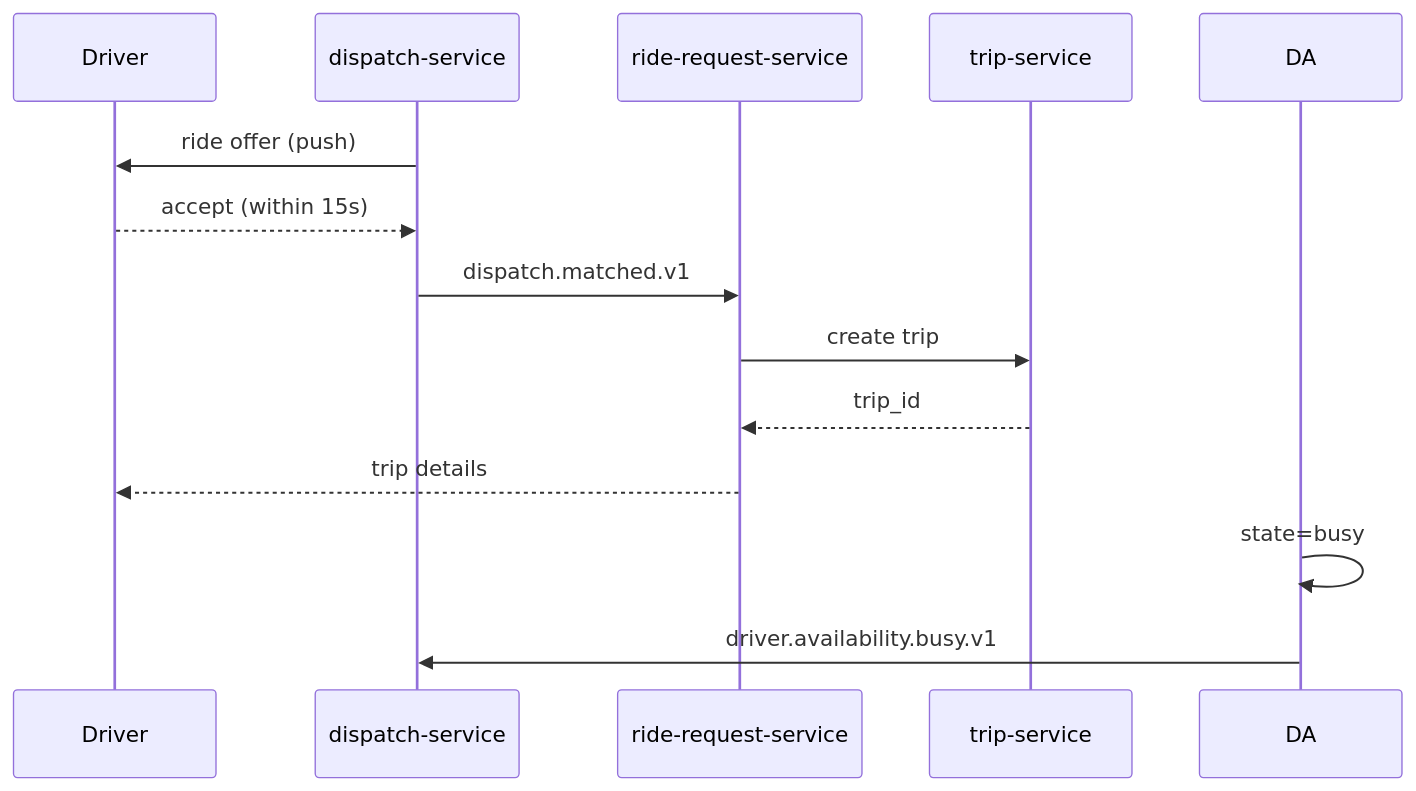
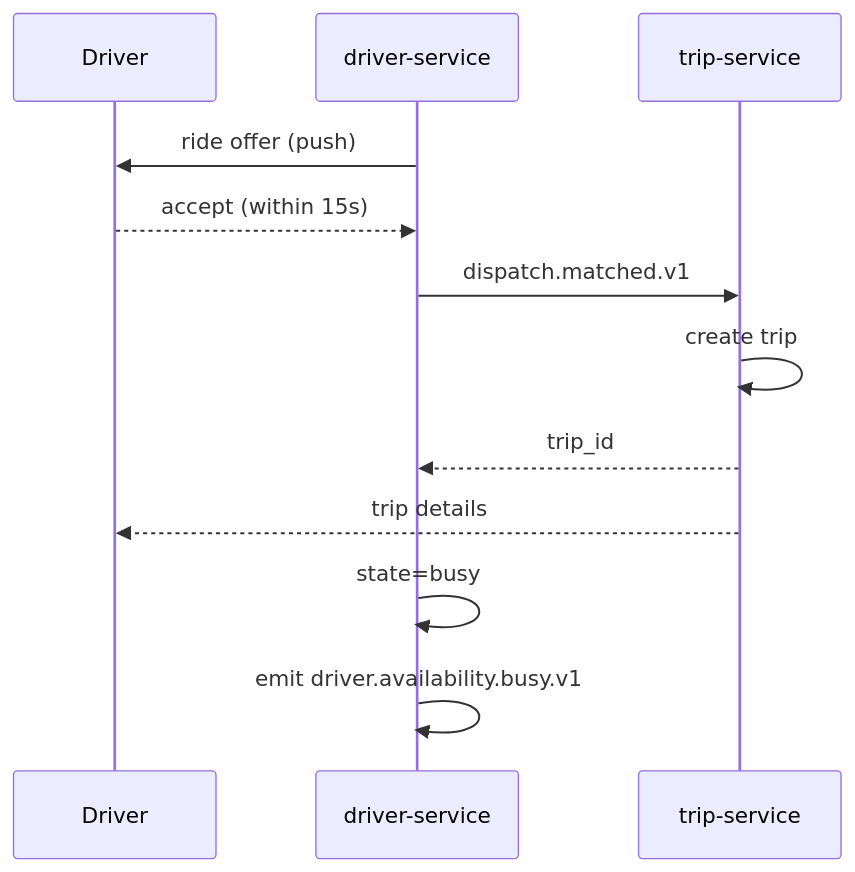
The fifth of 10 diagrams in docs/workflows/DRIVER_WORKFLOWS.md (mohamedhabibwork/trips-enjoy-docs), drawn with Mermaid before and after one commit. The commit also changed other lines of this file and 525 other files, not shown here.

````diff
--- a/docs/workflows/DRIVER_WORKFLOWS.md
+++ b/docs/workflows/DRIVER_WORKFLOWS.md
@@ -108,16 +107,15 @@
 ```mermaid
 sequenceDiagram
     participant DR as Driver
-    participant DSP as dispatch-service
-    participant RR as ride-request-service
+    participant DRV as driver-service
     participant TR as trip-service
 
-    DSP->>DR: ride offer (push)
-    DR-->>DSP: accept (within 15s)
-    DSP->>RR: dispatch.matched.v1
-    RR->>TR: create trip
-    TR-->>RR: trip_id
-    RR-->>DR: trip details
-    DA->>DA: state=busy
-    DA->>DSP: driver.availability.busy.v1
+    DRV->>DR: ride offer (push)
+    DR-->>DRV: accept (within 15s)
+    DRV->>TR: dispatch.matched.v1
+    TR->>TR: create trip
+    TR-->>DRV: trip_id
+    TR-->>DR: trip details
+    DRV->>DRV: state=busy
+    DRV->>DRV: emit driver.availability.busy.v1
 ```
````
